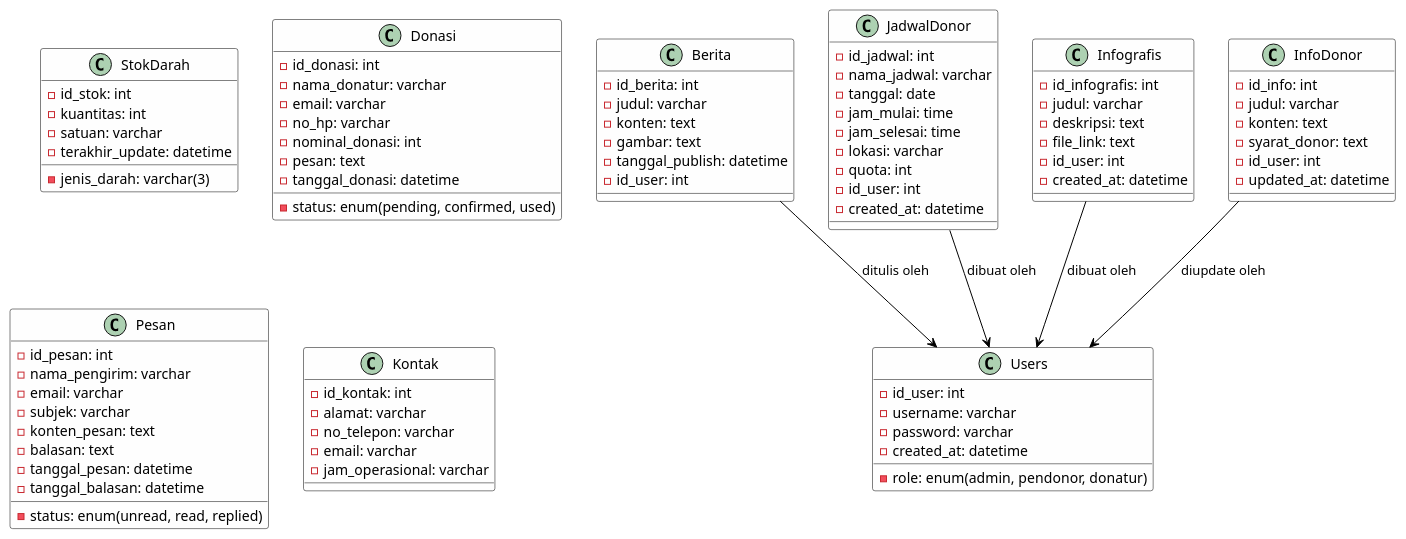
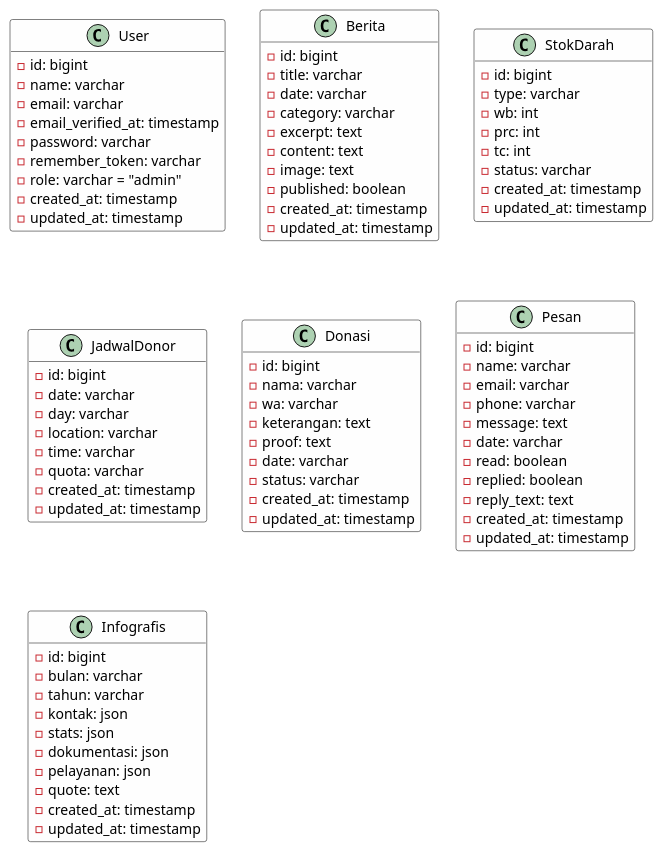
One commit to jaddu17/capstonepmikp changed the diagram in diagram/classdiagram.puml. Above: the diagram before and after it, drawn with PlantUML. The commit also changed 6 other files, not shown here.

```diff
--- a/diagram/classdiagram.puml
+++ b/diagram/classdiagram.puml
@@ -1,97 +1,94 @@
 @startuml classdiagram
 skinparam classBackgroundColor #FEFEFE
 skinparam classBorderColor #000000
 skinparam arrowColor #000000
+skinparam shadowing false
+hide methods
 
-class Users {
-  -id_user: int
-  -username: varchar
-  -password: varchar
-  -role: enum(admin, pendonor, donatur)
-  -created_at: datetime
+class User {
+  - id: bigint
+  - name: varchar
+  - email: varchar
+  - email_verified_at: timestamp
+  - password: varchar
+  - remember_token: varchar
+  - role: varchar = "admin"
+  - created_at: timestamp
+  - updated_at: timestamp
 }
 
 class Berita {
-  -id_berita: int
-  -judul: varchar
-  -konten: text
-  -gambar: text
-  -tanggal_publish: datetime
-  -id_user: int
+  - id: bigint
+  - title: varchar
+  - date: varchar
+  - category: varchar
+  - excerpt: text
+  - content: text
+  - image: text
+  - published: boolean
+  - created_at: timestamp
+  - updated_at: timestamp
 }
 
 class StokDarah {
-  -id_stok: int
-  -jenis_darah: varchar(3)
-  -kuantitas: int
-  -satuan: varchar
-  -terakhir_update: datetime
+  - id: bigint
+  - type: varchar
+  - wb: int
+  - prc: int
+  - tc: int
+  - status: varchar
+  - created_at: timestamp
+  - updated_at: timestamp
 }
 
 class JadwalDonor {
-  -id_jadwal: int
-  -nama_jadwal: varchar
-  -tanggal: date
-  -jam_mulai: time
-  -jam_selesai: time
-  -lokasi: varchar
-  -quota: int
-  -id_user: int
-  -created_at: datetime
+  - id: bigint
+  - date: varchar
+  - day: varchar
+  - location: varchar
+  - time: varchar
+  - quota: varchar
+  - created_at: timestamp
+  - updated_at: timestamp
 }
 
 class Donasi {
-  -id_donasi: int
-  -nama_donatur: varchar
-  -email: varchar
-  -no_hp: varchar
-  -nominal_donasi: int
-  -pesan: text
-  -status: enum(pending, confirmed, used)
-  -tanggal_donasi: datetime
+  - id: bigint
+  - nama: varchar
+  - wa: varchar
+  - keterangan: text
+  - proof: text
+  - date: varchar
+  - status: varchar
+  - created_at: timestamp
+  - updated_at: timestamp
 }
 
 class Pesan {
-  -id_pesan: int
-  -nama_pengirim: varchar
-  -email: varchar
-  -subjek: varchar
-  -konten_pesan: text
-  -status: enum(unread, read, replied)
-  -balasan: text
-  -tanggal_pesan: datetime
-  -tanggal_balasan: datetime
+  - id: bigint
+  - name: varchar
+  - email: varchar
+  - phone: varchar
+  - message: text
+  - date: varchar
+  - read: boolean
+  - replied: boolean
+  - reply_text: text
+  - created_at: timestamp
+  - updated_at: timestamp
 }
 
 class Infografis {
-  -id_infografis: int
-  -judul: varchar
-  -deskripsi: text
-  -file_link: text
-  -id_user: int
-  -created_at: datetime
+  - id: bigint
+  - bulan: varchar
+  - tahun: varchar
+  - kontak: json
+  - stats: json
+  - dokumentasi: json
+  - pelayanan: json
+  - quote: text
+  - created_at: timestamp
+  - updated_at: timestamp
 }
 
-class Kontak {
-  -id_kontak: int
-  -alamat: varchar
-  -no_telepon: varchar
-  -email: varchar
-  -jam_operasional: varchar
-}
-
-class InfoDonor {
-  -id_info: int
-  -judul: varchar
-  -konten: text
-  -syarat_donor: text
-  -id_user: int
-  -updated_at: datetime
-}
-
-Berita --> Users : ditulis oleh
-JadwalDonor --> Users : dibuat oleh
-Infografis --> Users : dibuat oleh
-InfoDonor --> Users : diupdate oleh
-
 @enduml
```
